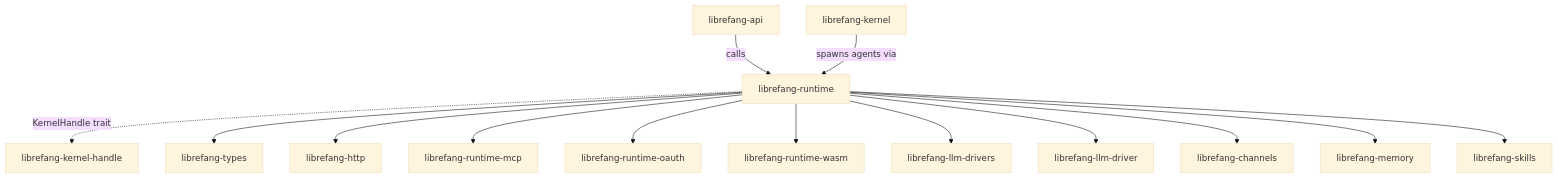
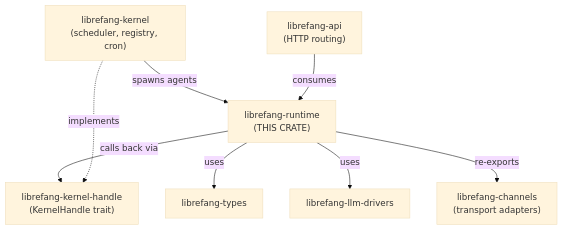
One commit to leszek3737/librefang-WIki changed the diagram in other-librefang-runtime.md. Above: the diagram before and after it, drawn with Mermaid (base theme). The commit also changed other lines of this file and 119 other files, not shown here.

````diff
--- a/other-librefang-runtime.md
+++ b/other-librefang-runtime.md
@@ -9,16 +9,18 @@
 ```mermaid
 graph TD
-    API["librefang-api"] -->|calls| RT["librefang-runtime"]
-    K["librefang-kernel"] -->|spawns agents via| RT
-    RT -.->|KernelHandle trait| KKH["librefang-kernel-handle"]
-    RT --> TYPES["librefang-types"]
-    RT --> HTTP["librefang-http"]
-    RT --> MCP["librefang-runtime-mcp"]
-    RT --> OAUTH["librefang-runtime-oauth"]
-    RT --> WASM["librefang-runtime-wasm"]
-    RT --> LLM_D["librefang-llm-drivers"]
-    RT --> LLM["librefang-llm-driver"]
-    RT --> CH["librefang-channels"]
-    RT --> MEM["librefang-memory"]
-    RT --> SK["librefang-skills"]
+    API["librefang-api<br/>(HTTP routing)"]
+    KH["librefang-kernel-handle<br/>(KernelHandle trait)"]
+    K["librefang-kernel<br/>(scheduler, registry, cron)"]
+    RT["librefang-runtime<br/>(THIS CRATE)"]
+    CH["librefang-channels<br/>(transport adapters)"]
+    T["librefang-types"]
+    DRV["librefang-llm-drivers"]
+
+    K -->|spawns agents| RT
+    RT -->|calls back via| KH
+    K -.->|implements| KH
+    API -->|consumes| RT
+    RT -->|uses| T
+    RT -->|uses| DRV
+    RT -->|re-exports| CH
 ```
````
